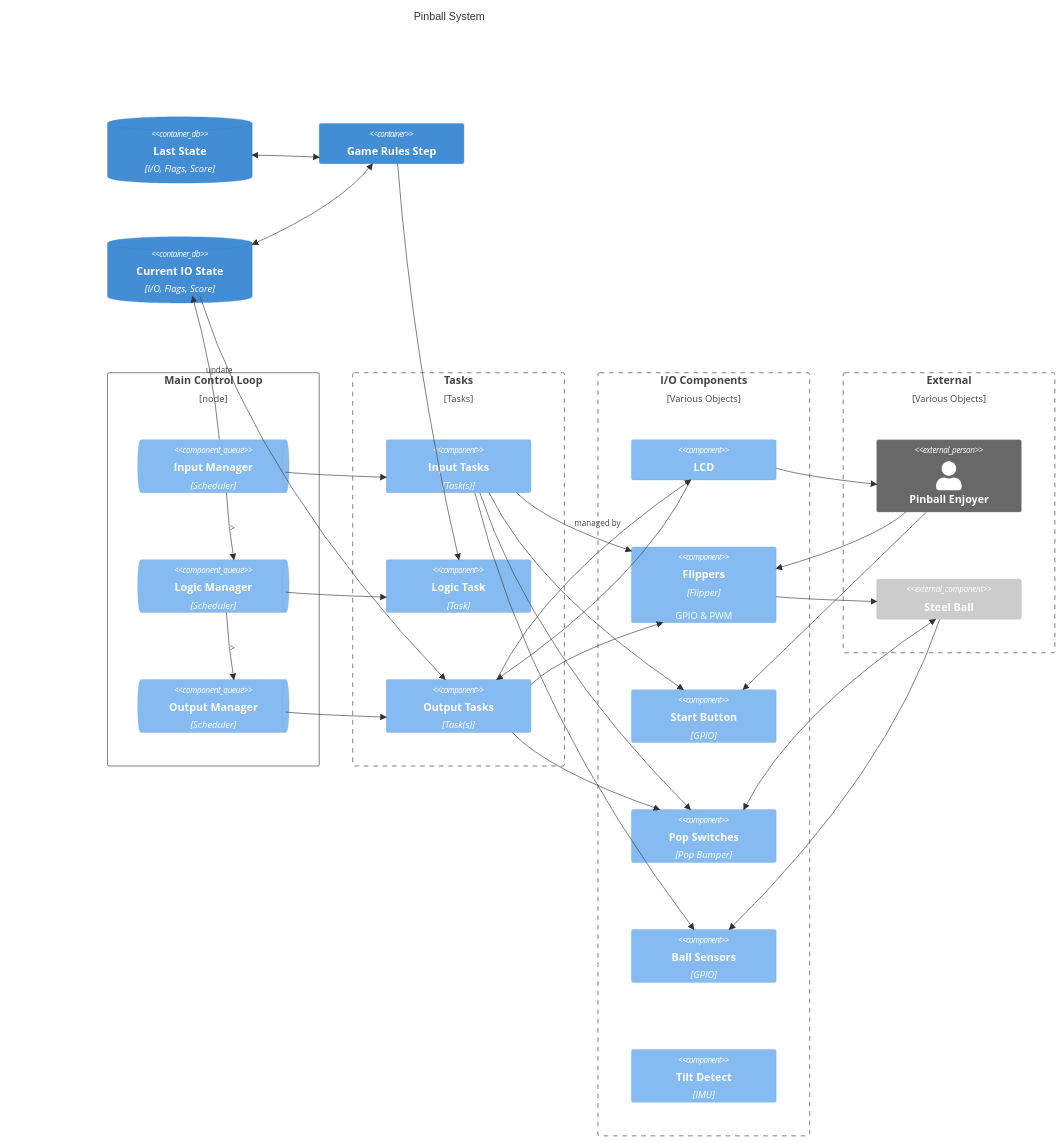
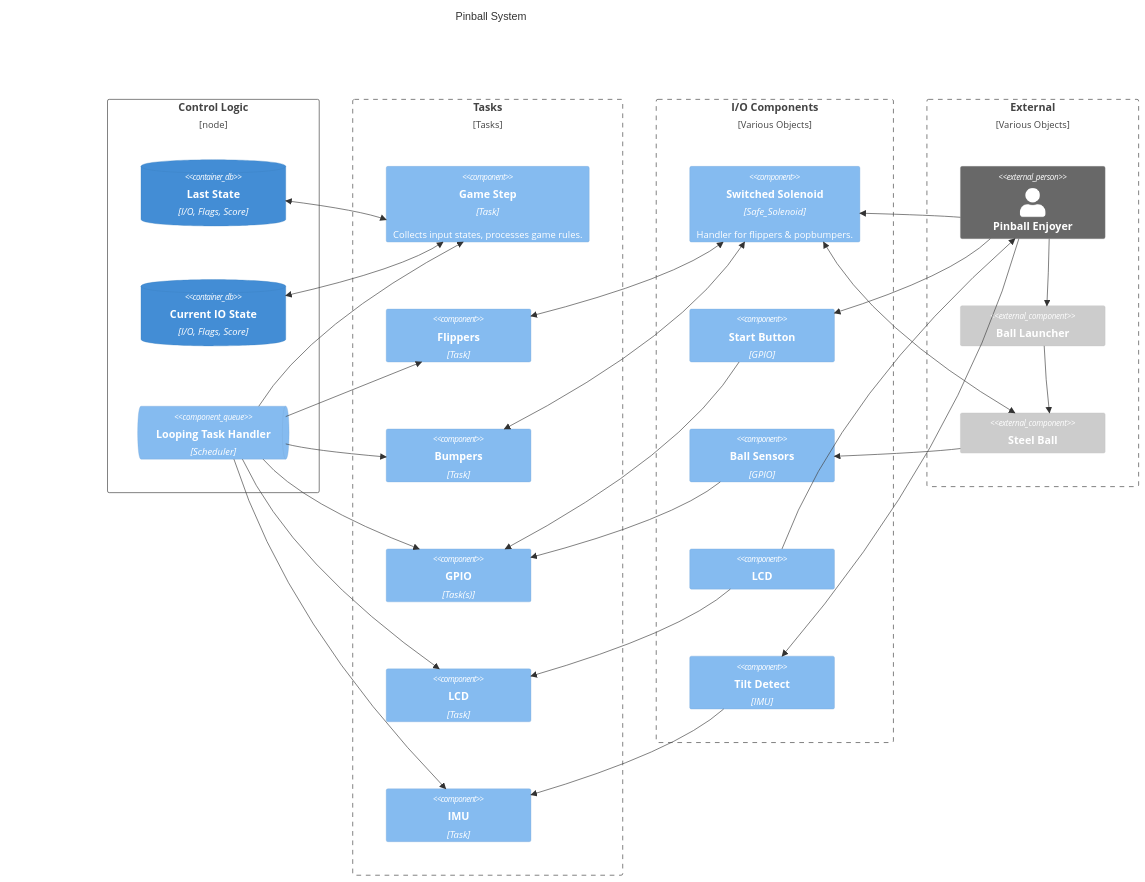
Before and after one commit to nbovee/gr_Pinball: the diagram in readme.md, drawn with Mermaid. The commit also changed other lines of this file, not shown here.

Commit message:
readme updated

````diff
--- a/readme.md
+++ b/readme.md
@@ -34,76 +35,68 @@
 ```mermaid
 C4Context
 UpdateLayoutConfig("3","10")
 title Pinball System
   
-Deployment_Node(pball2, "Main Control Loop"){
-    ComponentQueue(sch1, "Input Manager", "Scheduler")
-    ComponentQueue(sch2, "Logic Manager", "Scheduler")
-    ComponentQueue(sch3, "Output Manager", "Scheduler")
+Deployment_Node(pball2, "Control Logic"){
+    ContainerDb(state1, "Last State", "I/O, Flags, Score")
+    ContainerDb(state2, "Current IO State", "I/O, Flags, Score")
+    ComponentQueue(sch1, "Looping Task Handler", "Scheduler")
 }
 
-
 Boundary(tasks, "Tasks", "Tasks"){
-    Component(t1, "Input Tasks", "Task(s)")
-    Component(t2, "Logic Task", "Task")
-    Component(t3, "Output Tasks", "Task(s)")
+    Component(t6, "Game Step", "Task", "Collects input states, processes game rules.")
+    Component(t1, "Flippers", "Task")
+    Component(t2, "Bumpers", "Task")
+    Component(t3, "GPIO", "Task(s)")
+    Component(t4, "LCD", "Task")
+    Component(t5, "IMU", "Task")
 }
 
 Boundary(components, "I/O Components", "Various Objects"){
-        Component(lcd, "LCD")
-
-    Component(flippers, "Flippers", "Flipper", "GPIO & PWM")
+    Component(safe_solenoid, "Switched Solenoid", "Safe_Solenoid", "Handler for flippers & popbumpers.")
     Component(startbut, "Start Button", "GPIO")
-    Component(popsw, "Pop Switches", "Pop Bumper")
     Component(hall, "Ball Sensors", "GPIO")
+    Component(lcd, "LCD")
     Component(imu, "Tilt Detect", "IMU")
-
 }
-
-%%Boundary(info,"System Data") {
-    ContainerDb(state1, "Last State", "I/O, Flags, Score")
-        Container(step, "Game Rules Step")
-
-    ContainerDb(state2, "Current IO State", "I/O, Flags, Score")
-%%}
 
 Boundary(pcomponents, "External", "Various Objects"){
     Person_Ext(player,"Pinball Enjoyer")
+    Component_Ext(launcher, "Ball Launcher")
     Component_Ext(ball, "Steel Ball")
 }
 
+Rel(sch1, t1, "")
+Rel(sch1, t2, "")
+Rel(sch1, t3, "")
+Rel(sch1, t4, "")
+Rel(sch1, t5, "")
+Rel(sch1, t6, "")
+
+%%Rel(t1, state2, "")
+%%Rel(t2, state2, "")
+%%Rel(t3, state2, "")
+%%Rel(t5, state2, "")
+
 Rel(player, startbut, " ")
-Rel(player, flippers, " ")
+Rel(player, safe_solenoid, " ")
 Rel(ball, hall, "")
+Rel(player, launcher, "")
+Rel(launcher, ball, "")
+Rel(player, imu, "")
 
 %% object to tasks
+BiRel(safe_solenoid, t1, "")
+BiRel(safe_solenoid, t2, "")
+Rel(startbut, t3, "")
+Rel(hall, t3, "")
+Rel(lcd, t4, "")
+Rel(imu, t5, " ")
+
+BiRel(t6, state1, "")
+BiRel(t6, state2, "")
+BiRel(safe_solenoid, ball, "")
 Rel(lcd, player, "")
-Rel( t1, flippers, "managed by")
-Rel( t1,startbut," ")
-Rel( t1,popsw," ")
-Rel( t1,hall," ")
-Rel(flippers, ball, "")
-BiRel(popsw, ball, "")
-
-Rel(sch1, sch2, ">")
-Rel(sch2, sch3, ">")
-Rel(sch1, state2, "update")
-
-BiRel(step, state1, "")
-BiRel(step, state2, "")
-Rel(step, t2, "")
-
 
 Rel(sch1, t1, " ")
-Rel(sch2, t2, "")
-Rel(sch3, t3, " ")
-Rel(t3, flippers, " ")
-Rel(t3, popsw, " ")
-Rel(t3, lcd, "")
-Rel(lcd, t3, "")
-
-Rel(state2, t3, "")
-
-
-
 ```
````
